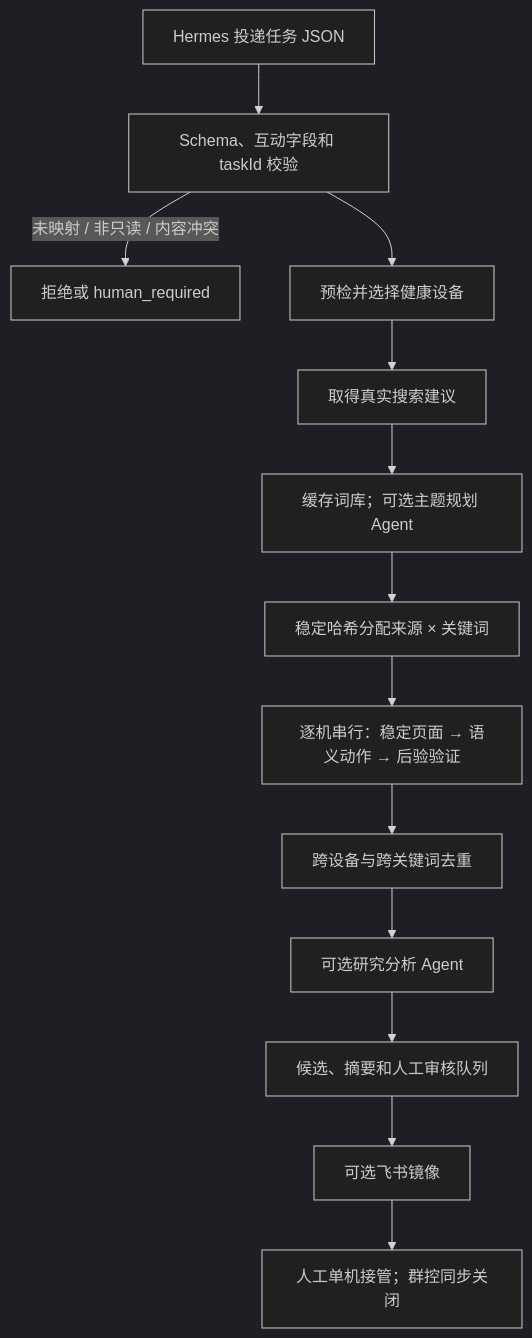
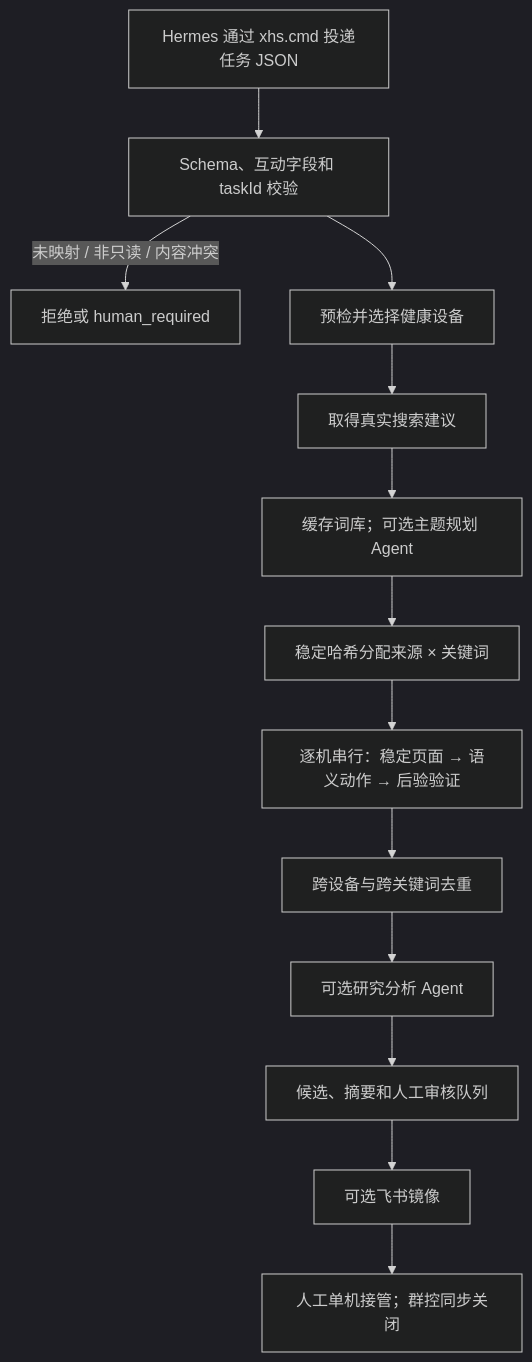
Before and after one commit to gifted-professor/xhs-device-agent: the second of 2 diagrams in docs/ARCHITECTURE.md, drawn with Mermaid (dark theme). The commit also changed other lines of this file and 11 other files, not shown here.

````diff
--- a/docs/ARCHITECTURE.md
+++ b/docs/ARCHITECTURE.md
@@ -23,15 +66,15 @@
 ```mermaid
 flowchart TD
-    A["Hermes 投递任务 JSON"] --> B["Schema、互动字段和 taskId 校验"]
+    A["Hermes 通过 xhs.cmd 投递任务 JSON"] --> B["Schema、互动字段和 taskId 校验"]
     B -->|"未映射 / 非只读 / 内容冲突"| H["拒绝或 human_required"]
     B --> C["预检并选择健康设备"]
     C --> D["取得真实搜索建议"]
     D --> E["缓存词库；可选主题规划 Agent"]
     E --> F["稳定哈希分配来源 × 关键词"]
     F --> G["逐机串行：稳定页面 → 语义动作 → 后验验证"]
     G --> I["跨设备与跨关键词去重"]
     I --> J["可选研究分析 Agent"]
     J --> K["候选、摘要和人工审核队列"]
     K --> L["可选飞书镜像"]
     L --> M["人工单机接管；群控同步关闭"]
 ```
````
